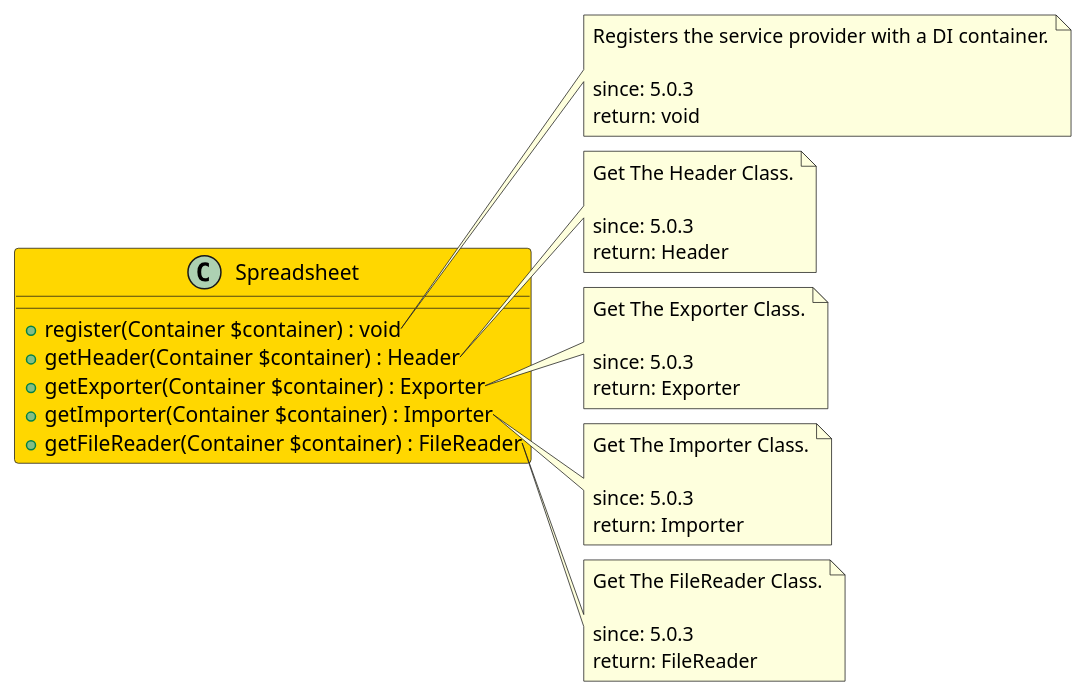
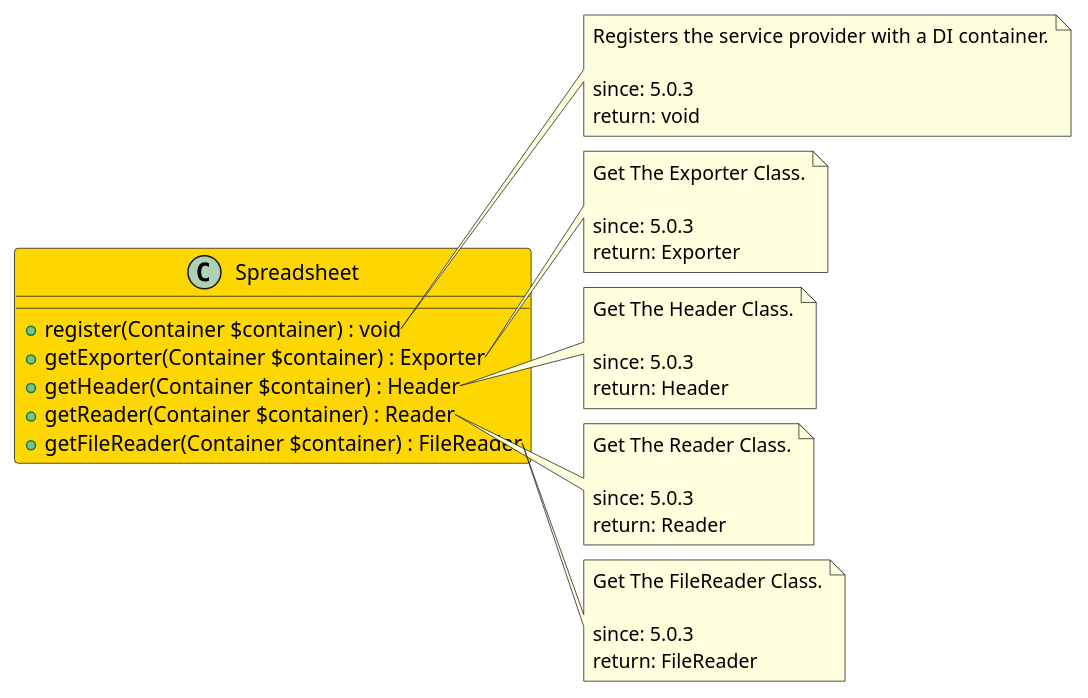
The diagram in src/c4a188de-ad78-4a6d-9d5b-01866846d701/README.md (joomengine/super-powers), drawn with PlantUML before and after one commit. The commit also changed 87 other files, not shown here.

````diff
--- a/src/c4a188de-ad78-4a6d-9d5b-01866846d701/README.md
+++ b/src/c4a188de-ad78-4a6d-9d5b-01866846d701/README.md
@@ -5,48 +5,48 @@
 ```uml
 @startuml
 
 class Spreadsheet  #Gold {
   + register(Container $container) : void
+  + getExporter(Container $container) : Exporter
   + getHeader(Container $container) : Header
-  + getExporter(Container $container) : Exporter
-  + getImporter(Container $container) : Importer
+  + getReader(Container $container) : Reader
   + getFileReader(Container $container) : FileReader
 }
 
 note right of Spreadsheet::register
   Registers the service provider with a DI container.
 
   since: 5.0.3
   return: void
 end note
 
+note right of Spreadsheet::getExporter
+  Get The Exporter Class.
+
+  since: 5.0.3
+  return: Exporter
+end note
+
 note right of Spreadsheet::getHeader
   Get The Header Class.
 
   since: 5.0.3
   return: Header
 end note
 
-note right of Spreadsheet::getExporter
-  Get The Exporter Class.
+note right of Spreadsheet::getReader
+  Get The Reader Class.
 
   since: 5.0.3
-  return: Exporter
-end note
-
-note right of Spreadsheet::getImporter
-  Get The Importer Class.
-
-  since: 5.0.3
-  return: Importer
+  return: Reader
 end note
 
 note right of Spreadsheet::getFileReader
   Get The FileReader Class.
 
   since: 5.0.3
   return: FileReader
 end note
 
 @enduml
 ```
````
